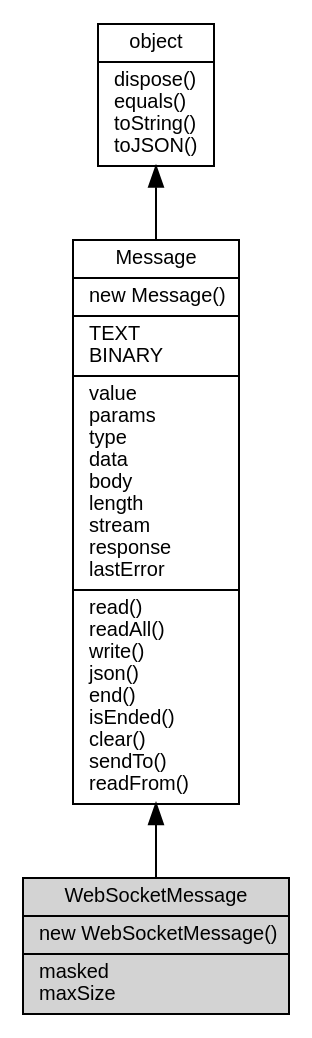
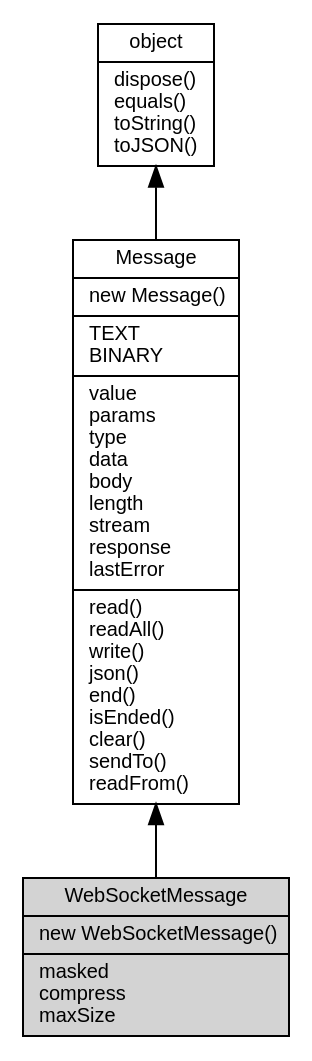
The diagram in docs/manual/object/ifs/WebSocketMessage.md (fibjs/fibjs.org), drawn with Graphviz before and after one commit. The commit also changed other lines of this file and 289 other files, not shown here.

````diff
--- a/docs/manual/object/ifs/WebSocketMessage.md
+++ b/docs/manual/object/ifs/WebSocketMessage.md
@@ -13,12 +13,12 @@
 ```dot
 digraph {
     node [fontname="Helvetica,sans-Serif", fontsize=10, shape="record", style="filled", fillcolor="white"];
 
     object [tooltip="object", URL="object.md", label="{object|dispose()\lequals()\ltoString()\ltoJSON()\l}"];
     Message [tooltip="Message", URL="Message.md", label="{Message|new Message()\l|TEXT\lBINARY\l|value\lparams\ltype\ldata\lbody\llength\lstream\lresponse\llastError\l|read()\lreadAll()\lwrite()\ljson()\lend()\lisEnded()\lclear()\lsendTo()\lreadFrom()\l}"];
-    WebSocketMessage [tooltip="WebSocketMessage", fillcolor="lightgray", label="{WebSocketMessage|new WebSocketMessage()\l|masked\lmaxSize\l}"];
+    WebSocketMessage [tooltip="WebSocketMessage", fillcolor="lightgray", id="me", label="{WebSocketMessage|new WebSocketMessage()\l|masked\lcompress\lmaxSize\l}"];
 
     object -> Message [dir=back];
     Message -> WebSocketMessage [dir=back];
 }
 ```
````
